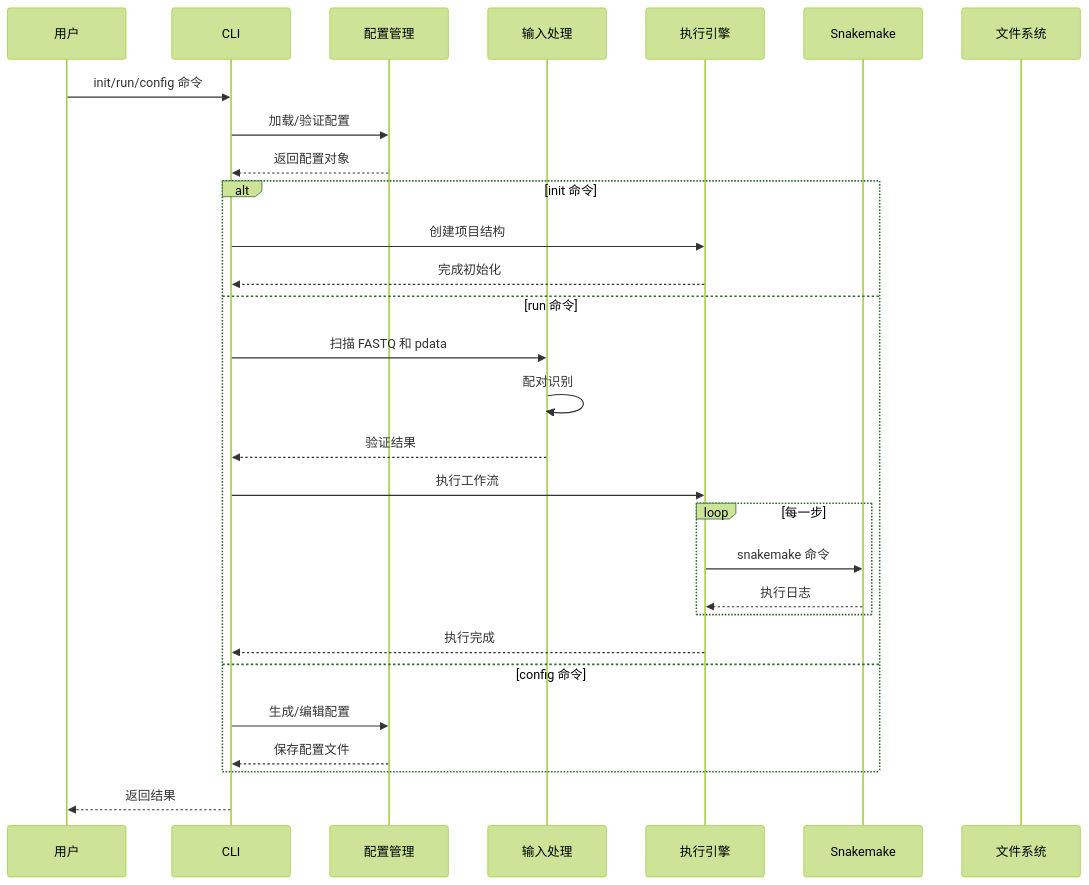
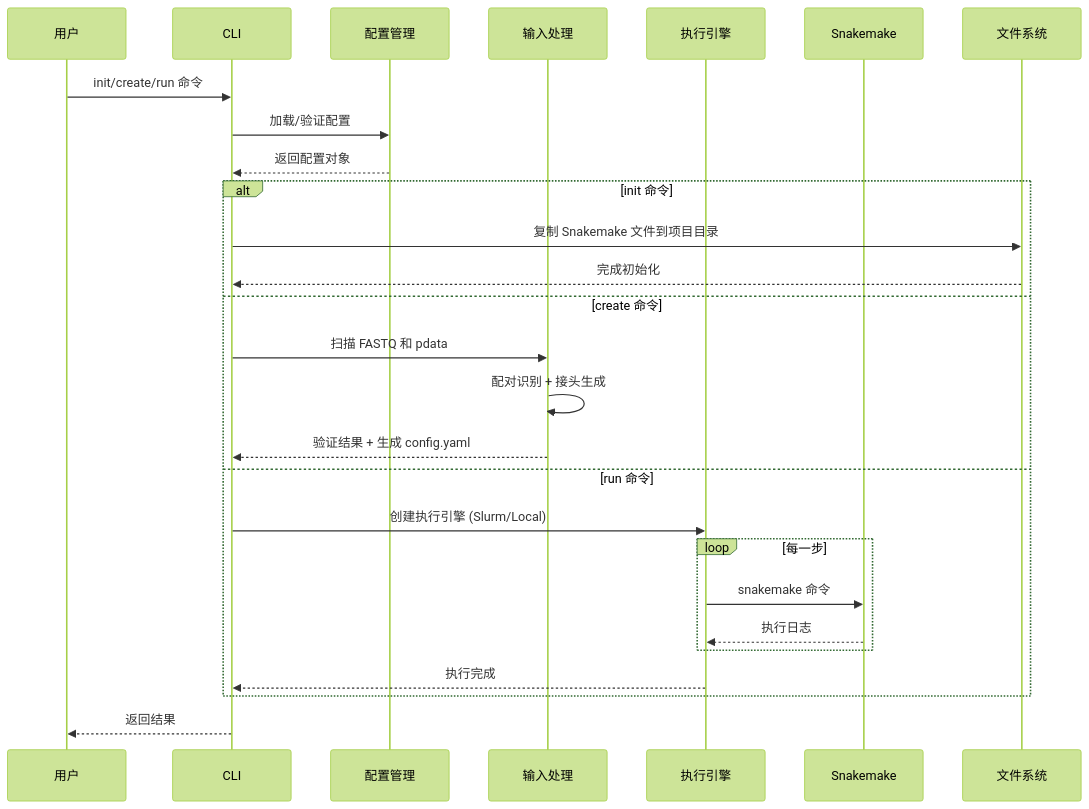
One commit to rainoffallingstar/otter-release changed the first of 2 diagrams in docs/architecture.md. Above: the diagram before and after it, drawn with Mermaid (forest theme). The commit also changed other lines of this file and 10 other files, not shown here.

````diff
--- a/docs/architecture.md
+++ b/docs/architecture.md
@@ -120,35 +113,32 @@
 ```mermaid
 sequenceDiagram
     participant U as 用户
     participant CLI as CLI
     participant C as 配置管理
     participant I as 输入处理
     participant E as 执行引擎
     participant S as Snakemake
     participant F as 文件系统
 
-    U->>CLI: init/run/config 命令
+    U->>CLI: init/create/run 命令
     CLI->>C: 加载/验证配置
     C-->>CLI: 返回配置对象
-    
+
     alt init 命令
-        CLI->>E: 创建项目结构
-        E-->>CLI: 完成初始化
+        CLI->>F: 复制 Snakemake 文件到项目目录
+        F-->>CLI: 完成初始化
+    else create 命令
+        CLI->>I: 扫描 FASTQ 和 pdata
+        I->>I: 配对识别 + 接头生成
+        I-->>CLI: 验证结果 + 生成 config.yaml
     else run 命令
-        CLI->>I: 扫描 FASTQ 和 pdata
-        I->>I: 配对识别
-        I-->>CLI: 验证结果
-        
-        CLI->>E: 执行工作流
+        CLI->>E: 创建执行引擎 (Slurm/Local)
         loop 每一步
             E->>S: snakemake 命令
             S-->>E: 执行日志
         end
         E-->>CLI: 执行完成
-    else config 命令
-        CLI->>C: 生成/编辑配置
-        C-->>CLI: 保存配置文件
     end
-    
+
     CLI-->>U: 返回结果
 ```
````
